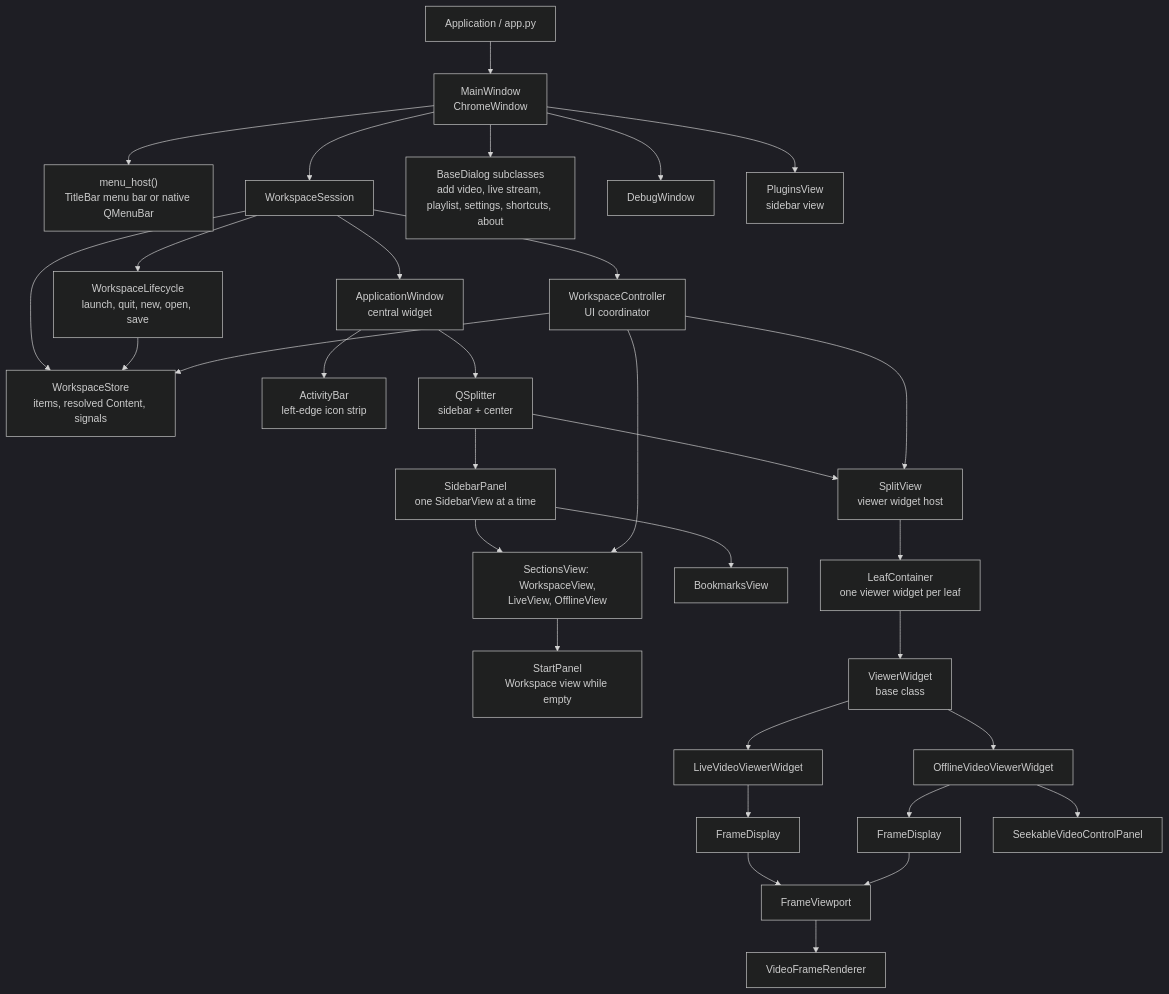
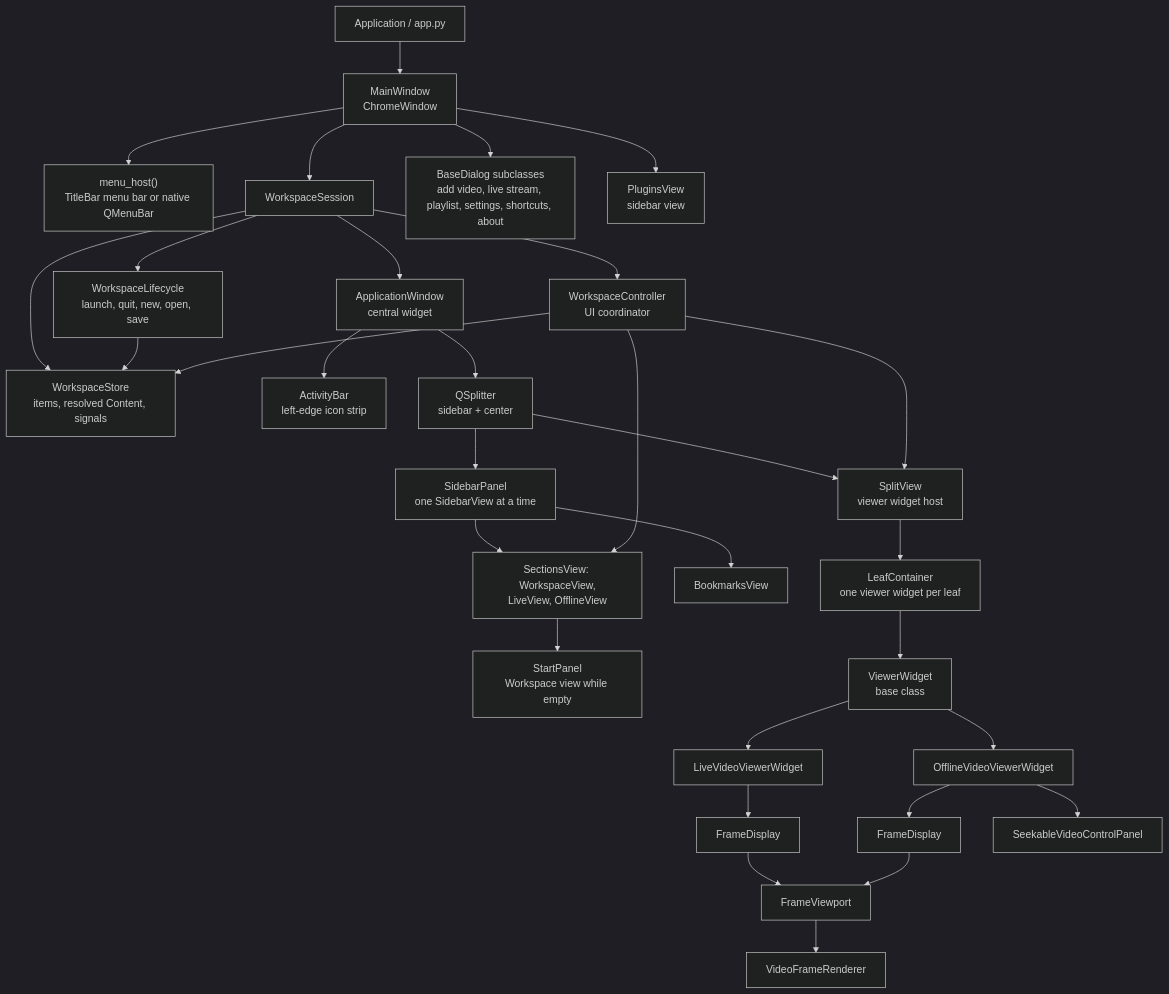
Before and after one commit to RasmusRynell/ax-devil: the diagram in docs/architecture/ui-framework.md, drawn with Mermaid (dark theme). The commit also changed other lines of this file and 93 other files, not shown here.

````diff
--- a/docs/architecture/ui-framework.md
+++ b/docs/architecture/ui-framework.md
@@ -7,39 +7,38 @@
 ```mermaid
 flowchart TD
     App["Application / app.py"] --> MainWindow["MainWindow<br/>ChromeWindow"]
     MainWindow --> MenuHost["menu_host()<br/>TitleBar menu bar or native QMenuBar"]
     MainWindow --> WorkspaceSession["WorkspaceSession"]
     MainWindow --> Dialogs["BaseDialog subclasses<br/>add video, live stream, playlist, settings, shortcuts, about"]
-    MainWindow --> DebugWindows["DebugWindow"]
     MainWindow --> PluginsView["PluginsView<br/>sidebar view"]
 
     WorkspaceSession --> WorkspaceStore["WorkspaceStore<br/>items, resolved Content, signals"]
     WorkspaceSession --> WorkspaceLifecycle["WorkspaceLifecycle<br/>launch, quit, new, open, save"]
     WorkspaceLifecycle --> WorkspaceStore
     WorkspaceSession --> ApplicationWindow["ApplicationWindow<br/>central widget"]
     WorkspaceSession --> WorkspaceController["WorkspaceController<br/>UI coordinator"]
 
     ApplicationWindow --> ActivityBar["ActivityBar<br/>left-edge icon strip"]
     ApplicationWindow --> HorizontalSplitter["QSplitter<br/>sidebar + center"]
     HorizontalSplitter --> SidebarPanel["SidebarPanel<br/>one SidebarView at a time"]
     SidebarPanel --> SectionsViews["SectionsView: WorkspaceView,<br/>LiveView, OfflineView"]
     SectionsViews --> StartPanel["StartPanel<br/>Workspace view while empty"]
     SidebarPanel --> BookmarksView
     HorizontalSplitter --> SplitView["SplitView<br/>viewer widget host"]
 
     WorkspaceController --> SplitView
     WorkspaceController --> WorkspaceStore
     WorkspaceController --> SectionsViews
 
     SplitView --> LeafContainer["LeafContainer<br/>one viewer widget per leaf"]
     LeafContainer --> ViewerWidget["ViewerWidget<br/>base class"]
     ViewerWidget --> LiveViewer["LiveVideoViewerWidget"]
     ViewerWidget --> OfflineViewer["OfflineVideoViewerWidget"]
 
     LiveViewer --> LiveDisplay["FrameDisplay"]
     OfflineViewer --> OfflineDisplay["FrameDisplay"]
     OfflineViewer --> SeekControls["SeekableVideoControlPanel"]
     LiveDisplay --> FrameViewport
     OfflineDisplay --> FrameViewport
     FrameViewport --> Renderer["VideoFrameRenderer"]
 ```
````
